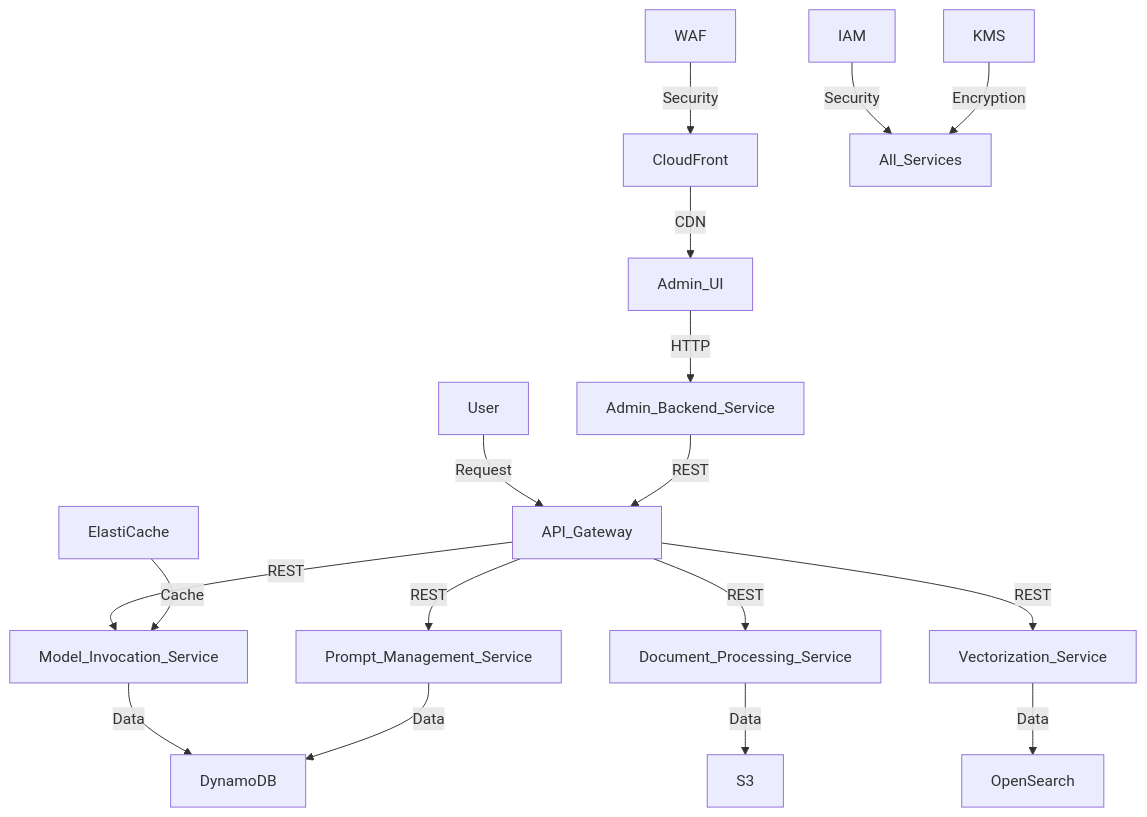
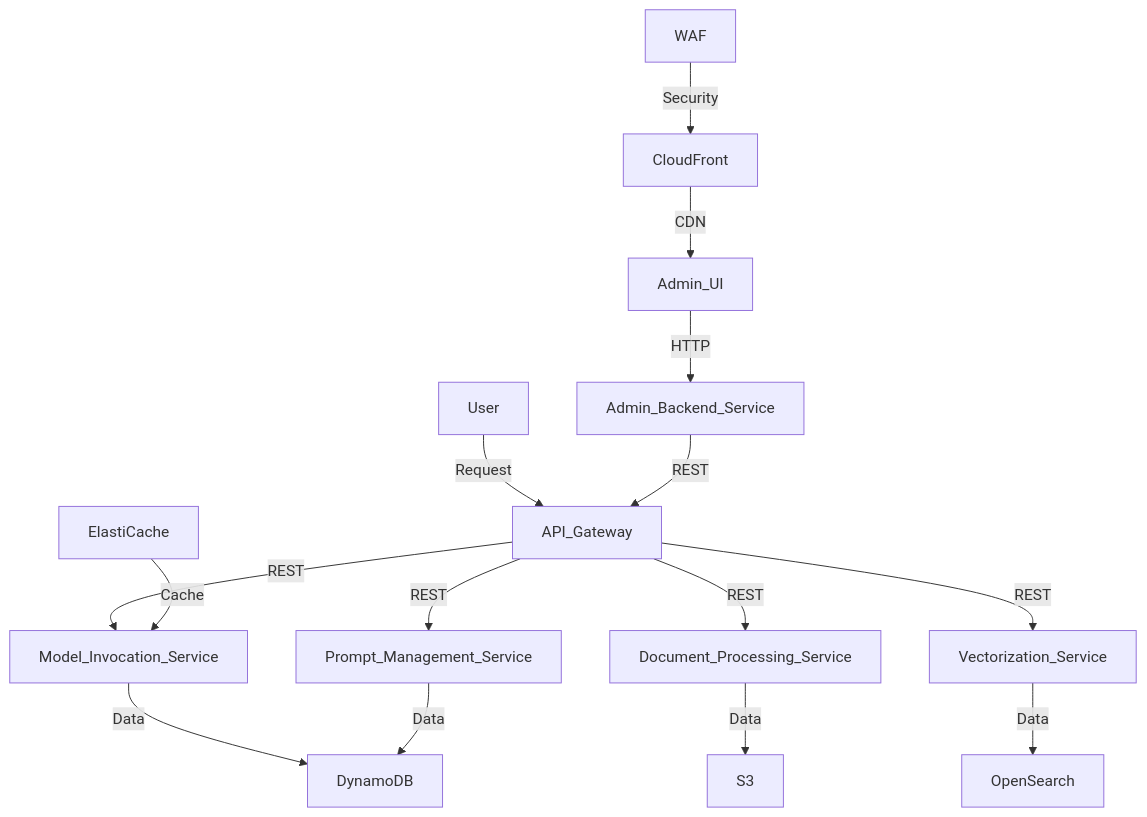
One commit to ankitnwemp/demo changed the diagram in README.md. Above: the diagram before and after it, drawn with Mermaid.

Commit message:
Update README.md
s

````diff
--- a/README.md
+++ b/README.md
@@ -37,19 +37,17 @@
 ```mermaid
 graph TD;
     User -->|Request| API_Gateway;
     API_Gateway -->|REST| Model_Invocation_Service;
     API_Gateway -->|REST| Document_Processing_Service;
     API_Gateway -->|REST| Vectorization_Service;
     API_Gateway -->|REST| Prompt_Management_Service;
     Model_Invocation_Service -->|Data| DynamoDB;
     Document_Processing_Service -->|Data| S3;
     Vectorization_Service -->|Data| OpenSearch;
     Prompt_Management_Service -->|Data| DynamoDB;
     Admin_UI -->|HTTP| Admin_Backend_Service;
     Admin_Backend_Service -->|REST| API_Gateway;
     CloudFront -->|CDN| Admin_UI;
     WAF -->|Security| CloudFront;
-    IAM -->|Security| All_Services;
-    KMS -->|Encryption| All_Services;
     ElastiCache -->|Cache| Model_Invocation_Service;
 ```
````
